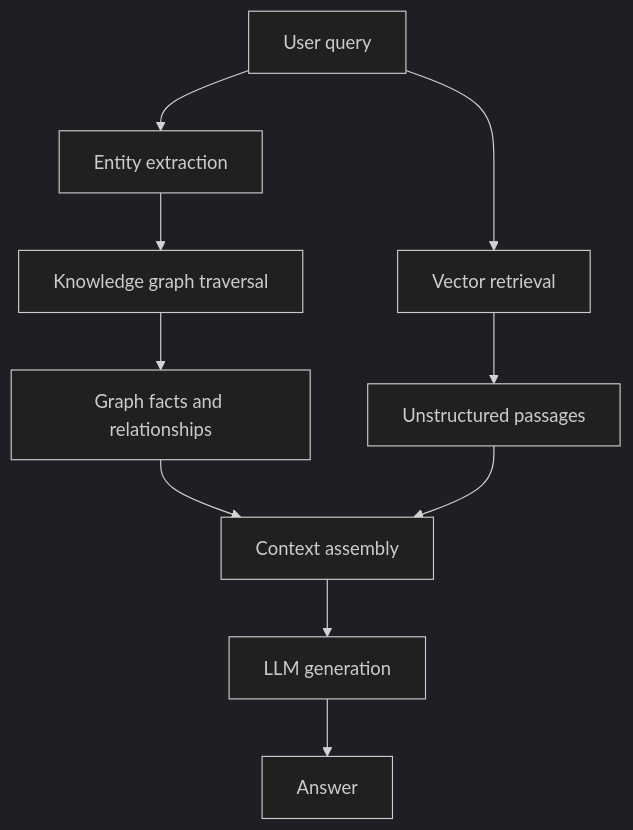
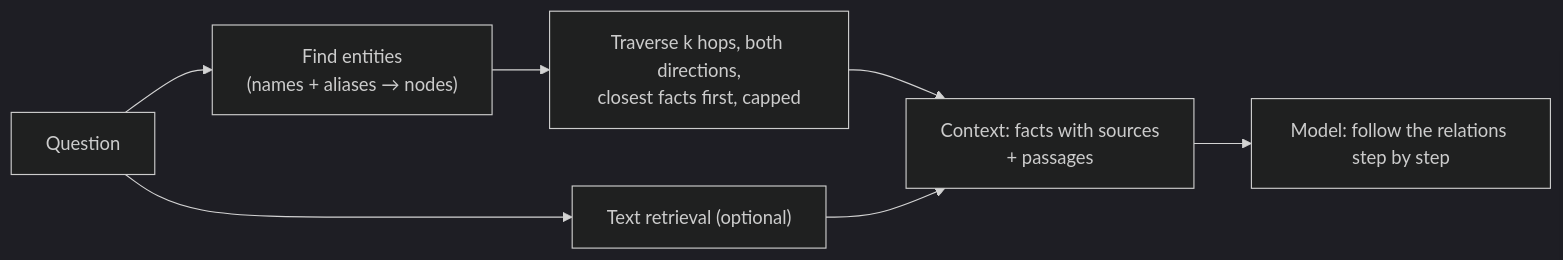
Before and after one commit to PrajwalAmte/AI-Engineering-Patterns: the diagram in content/patterns/graph-patterns/graph-rag.md, drawn with Mermaid (dark theme). The commit also changed other lines of this file and 190 other files, not shown here.

```diff
--- a/content/patterns/graph-patterns/graph-rag.md
+++ b/content/patterns/graph-patterns/graph-rag.md
@@ -33,12 +36,9 @@
 <pre class="mermaid">
-flowchart TD
-    A["User query"] --> B["Entity extraction"]
-    A --> C["Vector retrieval"]
-    B --> D["Knowledge graph traversal"]
-    D --> E["Graph facts and relationships"]
-    C --> F["Unstructured passages"]
-    E --> G["Context assembly"]
-    F --> G
-    G --> H["LLM generation"]
-    H --> I["Answer"]
+flowchart LR
+    Q["Question"] --> E["Find entities<br/>(names + aliases → nodes)"]
+    E --> T["Traverse k hops, both directions,<br/>closest facts first, capped"]
+    Q --> V["Text retrieval (optional)"]
+    T --> C["Context: facts with sources<br/>+ passages"]
+    V --> C
+    C --> L["Model: follow the relations step by step"]
 </pre>
```
